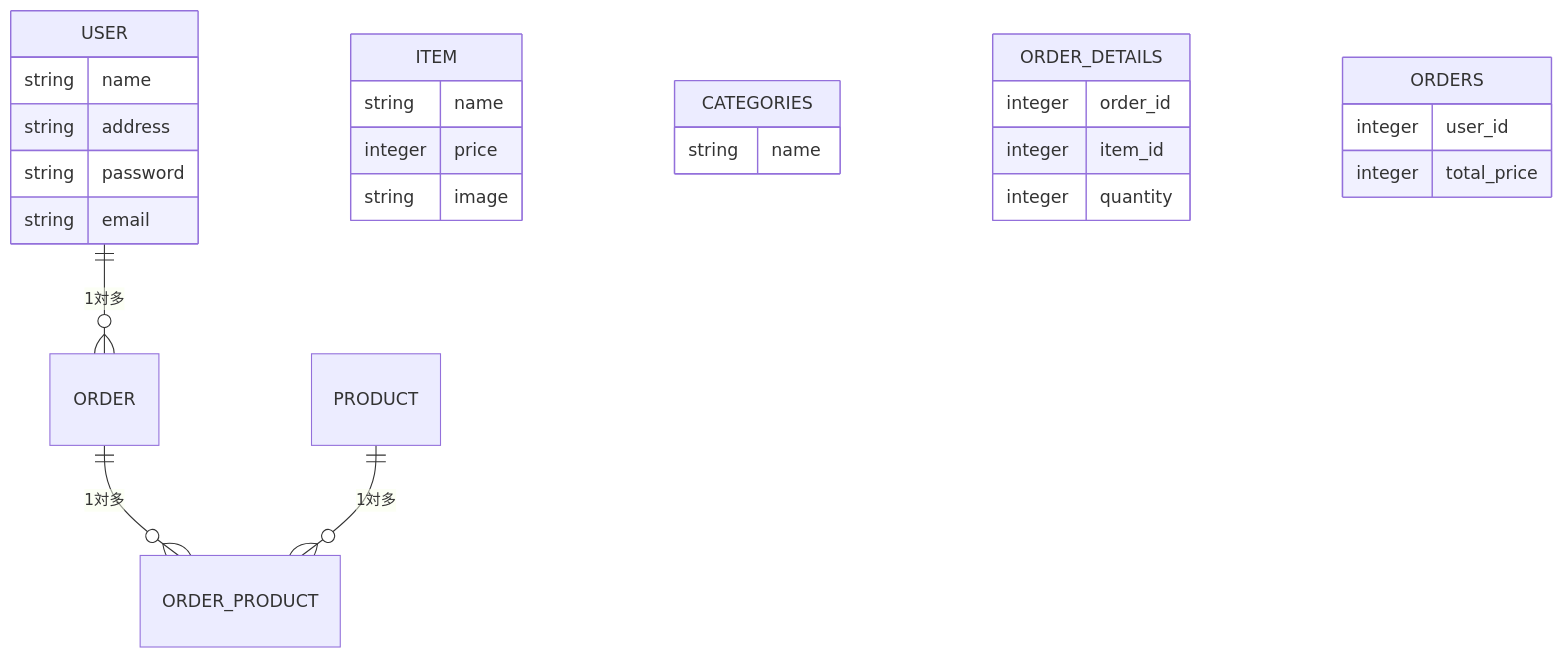
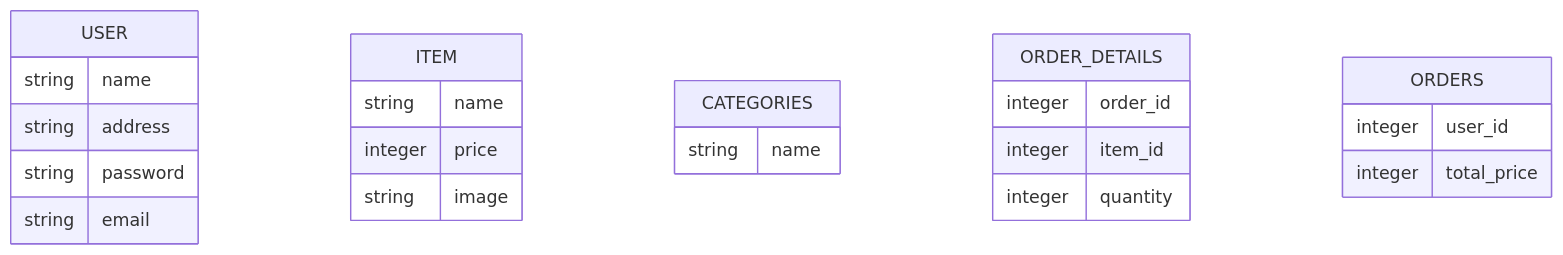
One commit to 2026-reskill-tech-tbc/personal_dev_13278dkobayashi changed the second of 3 diagrams in README.md. Above: the diagram before and after it, drawn with Mermaid.

````diff
--- a/README.md
+++ b/README.md
@@ -45,34 +45,30 @@
 ```mermaid
 erDiagram
     USER {
         string name
         string address
         string password
         string email
     }
 
     ITEM {
         string name
         integer price
         string image
     }
 
     CATEGORIES {
         string name
     }
 
     ORDER_DETAILS {
         integer order_id
         integer item_id
         integer quantity
     }
 
     ORDERS {
         integer user_id
         integer total_price
     }
-
-    USER ||--o{ ORDER : "1対多"
-    ORDER ||--o{ ORDER_PRODUCT : "1対多"
-    PRODUCT ||--o{ ORDER_PRODUCT : "1対多"
 ```
````
